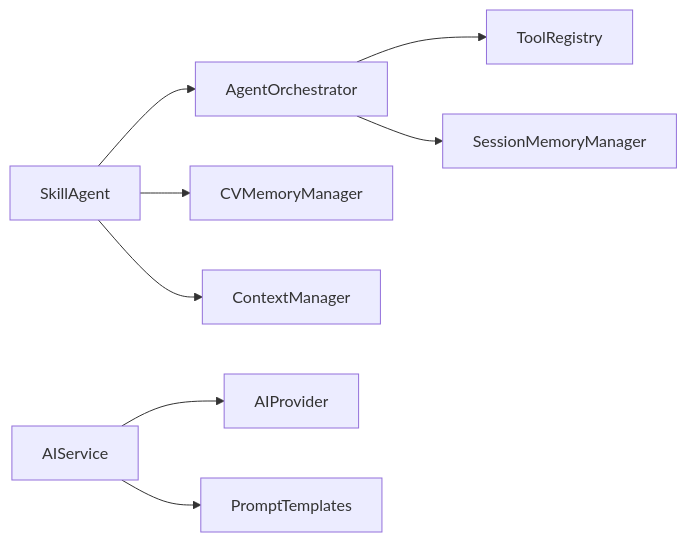
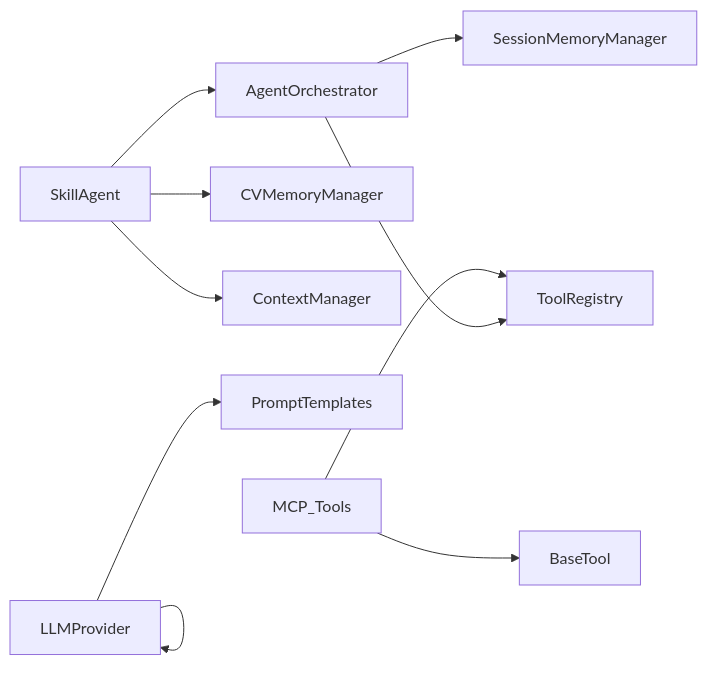
The ninth of 9 diagrams in .qoder/repowiki/en/content/AI Agent System.md (DoVuDung/cv-portfolio-builder), drawn with Mermaid before and after one commit. The commit also changed other lines of this file and 26 other files, not shown here.

First line of the commit message:
docs(agent): update AI Agent System with MCP tool architecture and CV Builder integration

````diff
--- a/.qoder/repowiki/en/content/AI Agent System.md
+++ b/.qoder/repowiki/en/content/AI Agent System.md
@@ -413,10 +507,12 @@
 ```mermaid
 graph LR
 SkillAgent --> AgentOrchestrator
 AgentOrchestrator --> ToolRegistry
 AgentOrchestrator --> SessionMemoryManager
 SkillAgent --> CVMemoryManager
 SkillAgent --> ContextManager
-AIService --> AIProvider
-AIService --> PromptTemplates
+LLMProvider --> LLMProvider
+LLMProvider --> PromptTemplates
+MCP_Tools --> BaseTool
+MCP_Tools --> ToolRegistry
 ```
````
